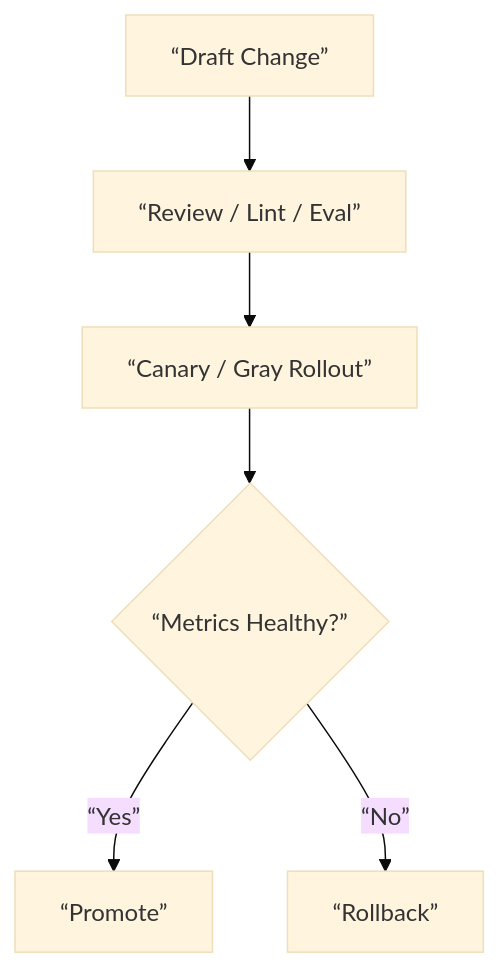
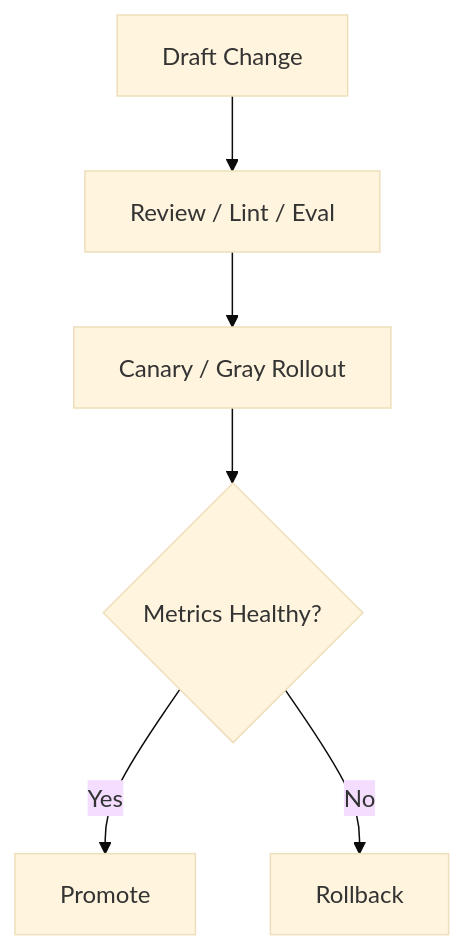
The diagram in docs_en/contracts/prompt_model_policy_governance_contract.md (HoldenShen-hz/automatic-agent-platform), drawn with Mermaid (base theme) before and after one commit. The commit also changed other lines of this file and 92 other files, not shown here.

First line of the commit message:
Add English architecture docs, outbox pattern, and contract updates

````diff
--- a/docs_en/contracts/prompt_model_policy_governance_contract.md
+++ b/docs_en/contracts/prompt_model_policy_governance_contract.md
@@ -63,8 +72,8 @@
 ```mermaid
 flowchart TD
-    A[“Draft Change”] --> B[“Review / Lint / Eval”]
-    B --> C[“Canary / Gray Rollout”]
-    C --> D{“Metrics Healthy?”}
-    D -- “Yes” --> E[“Promote”]
-    D -- “No” --> F[“Rollback”]
+    A["Draft Change"] --> B["Review / Lint / Eval"]
+    B --> C["Canary / Gray Rollout"]
+    C --> D{"Metrics Healthy?"}
+    D -- "Yes" --> E["Promote"]
+    D -- "No" --> F["Rollback"]
 ```
````
